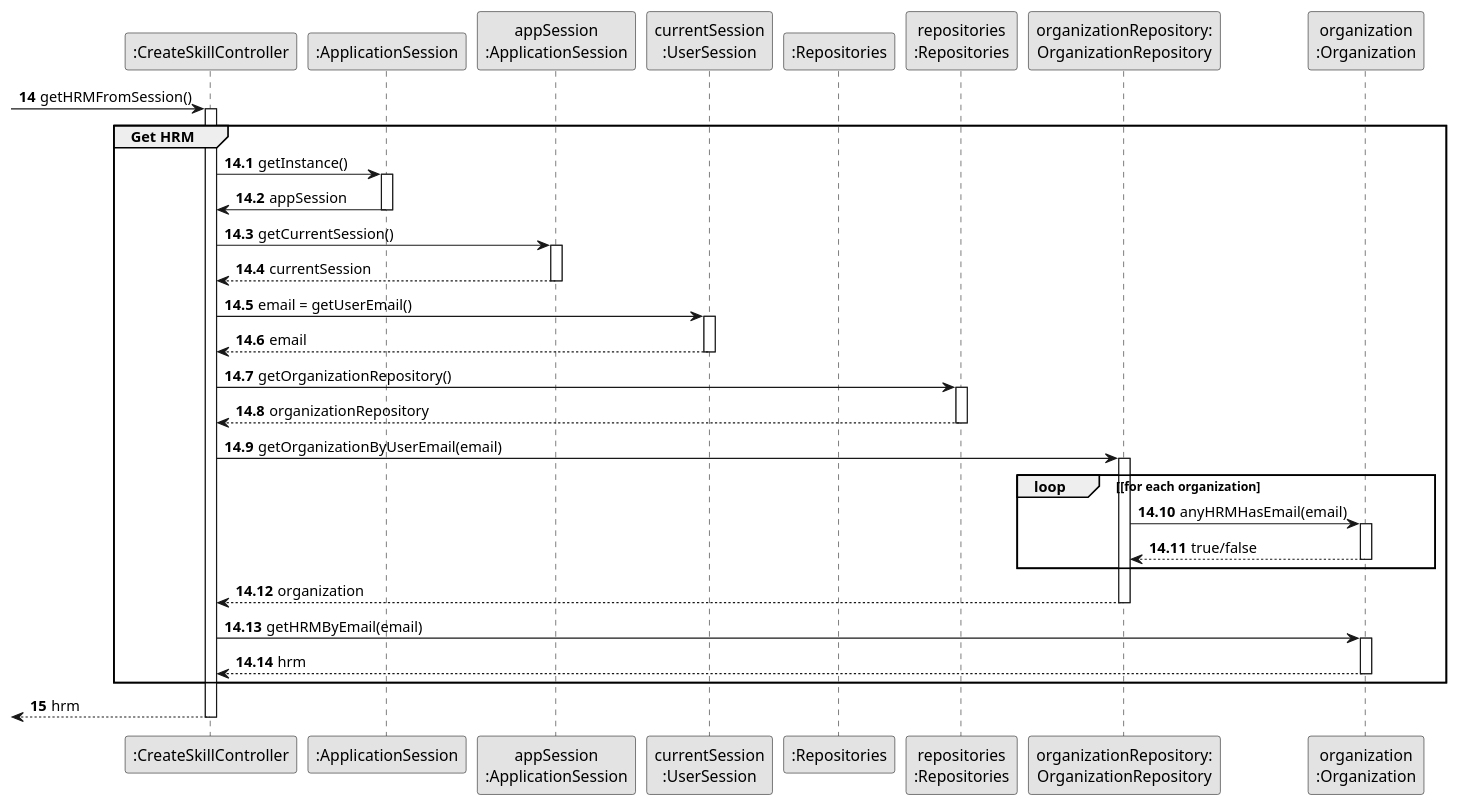
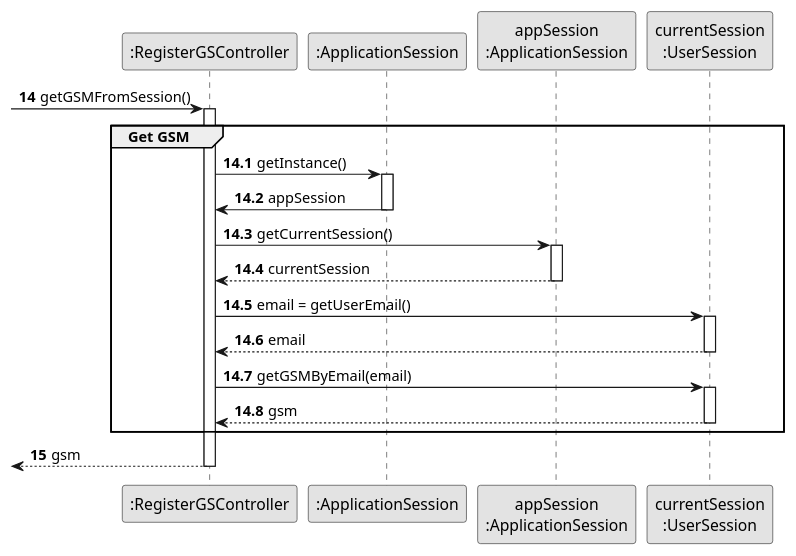
Before and after one commit to tiagosoa/lei-24-s2-1dgh-g073: the diagram in docs/sprint3/us020/03.design/puml/us001-sequence-diagram-partial-get-hrm.puml, drawn with PlantUML. The commit also changed 18 other files, not shown here.

```diff
--- a/docs/sprint3/us020/03.design/puml/us001-sequence-diagram-partial-get-hrm.puml
+++ b/docs/sprint3/us020/03.design/puml/us001-sequence-diagram-partial-get-hrm.puml
@@ -1,72 +1,47 @@
 @startuml
 skinparam monochrome true
 skinparam packageStyle rectangle
 skinparam shadowing false
 
 
 
 'hide footbox
-participant ":CreateSkillController" as CTRL
+participant ":RegisterGSController" as CTRL
 participant ":ApplicationSession" as _APP
 participant "appSession\n:ApplicationSession" as APP
 participant "currentSession\n:UserSession" as SESSAO
-participant ":Repositories" as RepositorySingleton
-participant "repositories\n:Repositories" as PLAT
-participant "organizationRepository:\nOrganizationRepository" as OrganizationRepository
-participant "organization\n:Organization" as ORG
 
 autonumber 14
--> CTRL : getHRMFromSession()
+-> CTRL : getGSMFromSession()
 autonumber 14.1
 activate CTRL
 
-    group Get HRM
+    group Get GSM
         CTRL -> _APP: getInstance()
         activate _APP
             _APP -> CTRL: appSession
         deactivate _APP
 
         CTRL -> APP: getCurrentSession()
         activate APP
 
             APP --> CTRL: currentSession
         deactivate APP
 
         CTRL -> SESSAO: email = getUserEmail()
         activate SESSAO
 
             SESSAO --> CTRL: email
         deactivate SESSAO
 
-        CTRL -> PLAT: getOrganizationRepository()
-        activate PLAT
+        CTRL -> SESSAO: getGSMByEmail(email)
+        activate SESSAO
 
-            PLAT --> CTRL: organizationRepository
-        deactivate PLAT
-
-        CTRL -> OrganizationRepository: getOrganizationByUserEmail(email)
-        activate OrganizationRepository
-
-            loop [for each organization
-                OrganizationRepository -> ORG : anyHRMHasEmail(email)
-                activate ORG
-
-                     ORG --> OrganizationRepository : true/false
-                deactivate ORG
-            end
-
-            OrganizationRepository --> CTRL : organization
-
-        deactivate OrganizationRepository
-
-        CTRL -> ORG: getHRMByEmail(email)
-        activate ORG
-
-            ORG --> CTRL : hrm
-        deactivate ORG
+            SESSAO --> CTRL : gsm
+        deactivate SESSAO
     end
     autonumber 15
-    <-- CTRL : hrm
+    <-- CTRL : gsm
 deactivate CTRL
 
 @enduml
```
